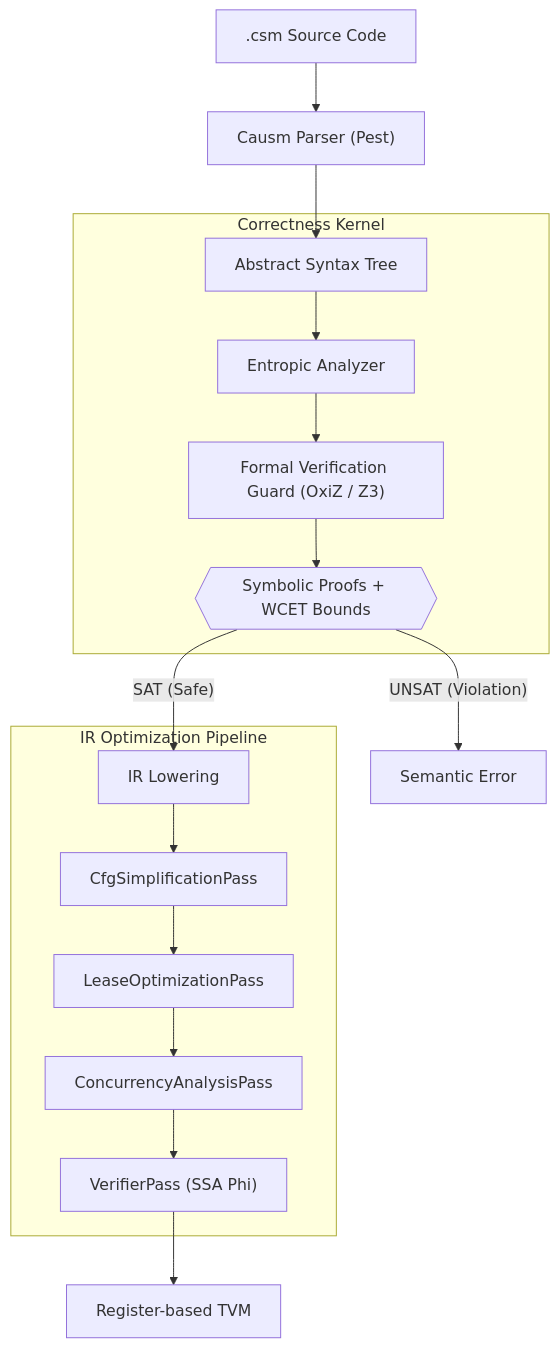
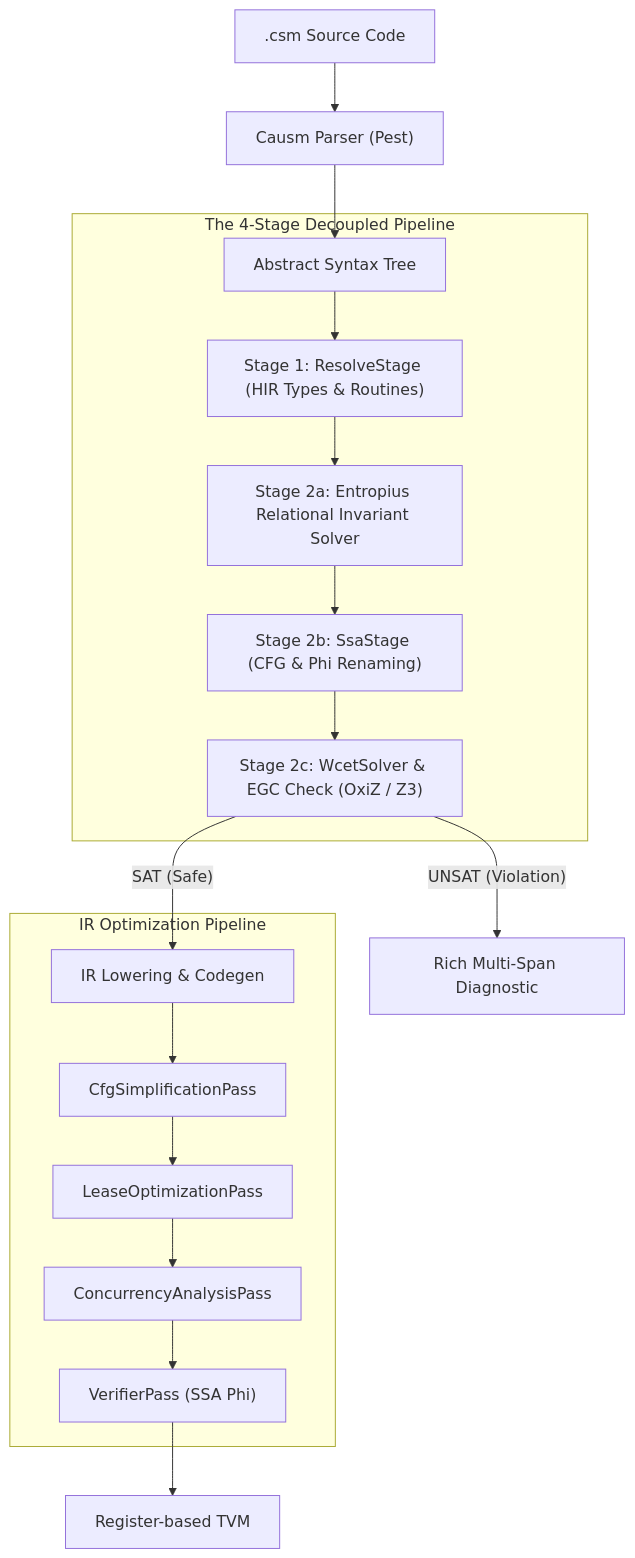
One commit to SSL-ACTX/Causm changed the diagram in README.md. Above: the diagram before and after it, drawn with Mermaid. The commit also changed other lines of this file and 3 other files, not shown here.

````diff
--- a/README.md
+++ b/README.md
@@ -31,23 +31,24 @@
 ```mermaid
 graph TD
     Source[".csm Source Code"] --> Parser["Causm Parser (Pest)"]
     Parser --> AST["Abstract Syntax Tree"]
 
-    subgraph "Correctness Kernel"
-        AST --> Analyzer["Entropic Analyzer"]
-        Analyzer --> SMTGuard["Formal Verification Guard (OxiZ / Z3)"]
-        SMTGuard --> Proofs{{"Symbolic Proofs + WCET Bounds"}}
+    subgraph "The 4-Stage Decoupled Pipeline"
+        AST --> Stage1["Stage 1: ResolveStage (HIR Types & Routines)"]
+        Stage1 --> Stage2a["Stage 2a: Entropius Relational Invariant Solver"]
+        Stage2a --> Stage2b["Stage 2b: SsaStage (CFG & Phi Renaming)"]
+        Stage2b --> Stage2c["Stage 2c: WcetSolver & EGC Check (OxiZ / Z3)"]
     end
 
-    Proofs -- "UNSAT (Violation)" --> Error["Semantic Error"]
-    Proofs -- "SAT (Safe)" --> Lowering["IR Lowering"]
+    Stage2c -- "UNSAT (Violation)" --> Error["Rich Multi-Span Diagnostic"]
+    Stage2c -- "SAT (Safe)" --> Lowering["IR Lowering & Codegen"]
 
     subgraph "IR Optimization Pipeline"
         Lowering --> CfgSimp["CfgSimplificationPass"]
         CfgSimp --> LeaseOpt["LeaseOptimizationPass"]
         LeaseOpt --> ConcurAn["ConcurrencyAnalysisPass"]
         ConcurAn --> Verifier["VerifierPass (SSA Phi)"]
     end
 
     Verifier --> TVM["Register-based TVM"]
 ```
````
